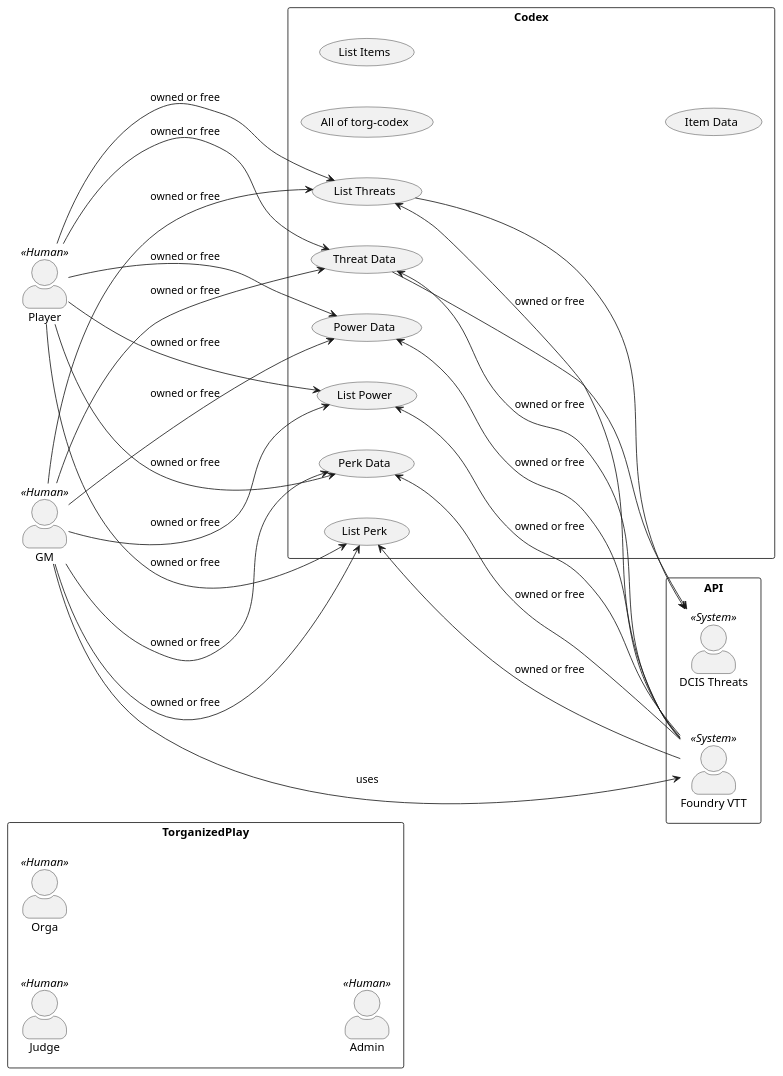
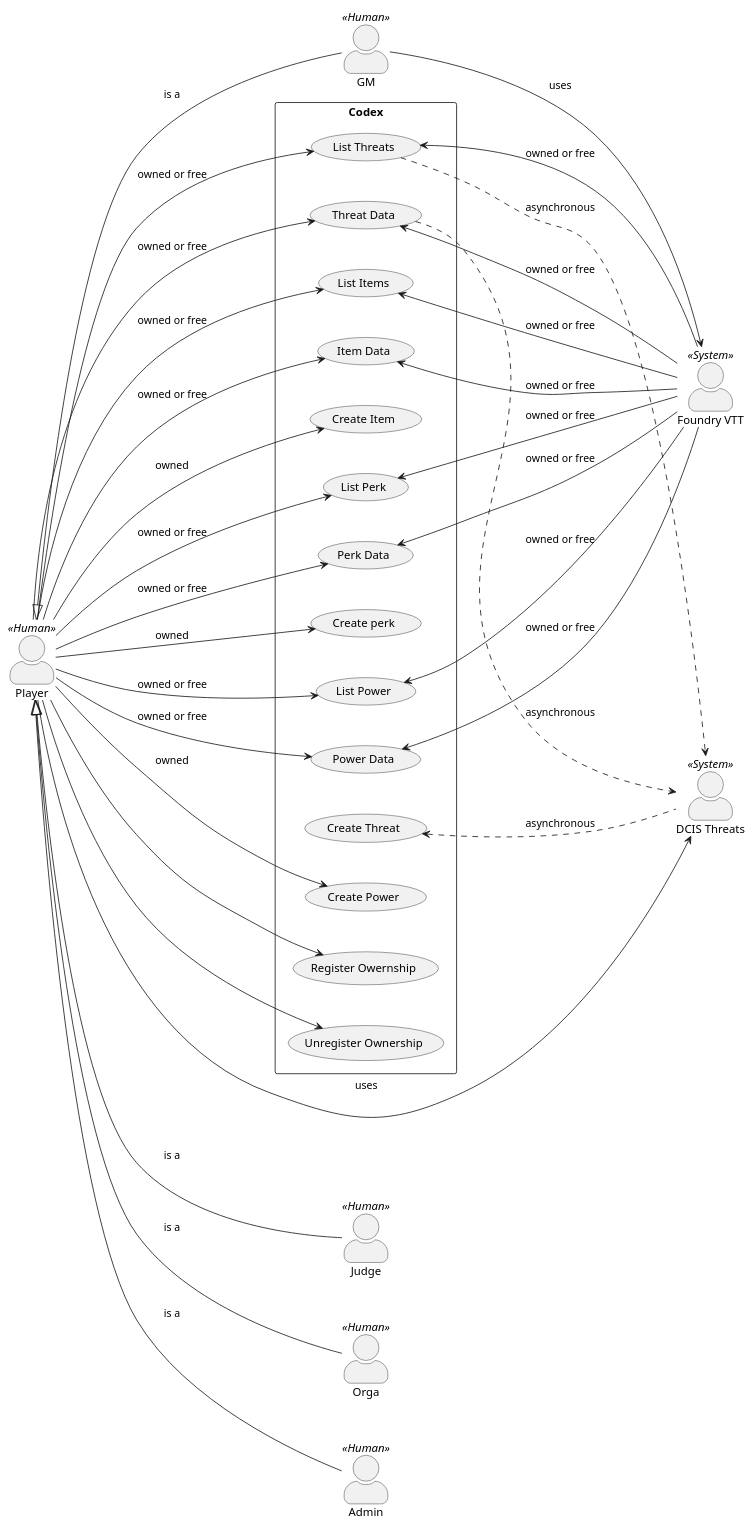
The diagram in src/main/docs/architecture/modules/arc42/pages/03_system_scope_and_context/torg-codex.adoc (Paladins-Inn/torganized-play-architecture), drawn with PlantUML before and after one commit. The commit also changed 8 other files, not shown here.

Commit message:
Made the UML use case diagrams more readable and fleshed out the torg-codes one.

```diff
--- a/src/main/docs/architecture/modules/arc42/pages/03_system_scope_and_context/torg-codex.adoc
+++ b/src/main/docs/architecture/modules/arc42/pages/03_system_scope_and_context/torg-codex.adoc
@@ -5,65 +5,74 @@
 [plantuml,business-context-codex,svg]
 ....
 @startuml
 left to right direction
 skinparam actorStyle awesome
 skinparam nodesep 50
 skinparam ranksep 200
 
 Player as user << Human >>
 GM as gm << Human >>
+Judge as judge << Human >>
+Orga as orga << Human >>
+Admin as admin << Human >>
 
-rectangle TorganizedPlay {
-    Judge as judge << Human >>
-    Orga as orga << Human >>
-    Admin as admin << Human >>
-}
+:Foundry VTT: as foundryVTT << System >>
+:DCIS Threats: as dcisThreats << System >>
+
+user <|-- judge : is a
+user <|-- orga : is a
+user <|-- admin : is a
 
 rectangle Codex {
-    usecase "All of torg-codex" as codex
-
     usecase "List Threats" as lthreat
     usecase "Threat Data" as dthreat
+    usecase "Create Threat" as cthreat
 
     usecase "List Items" as litem
     usecase "Item Data" as ditem
+    usecase "Create Item" as citem
 
     usecase "List Perk" as lperk
     usecase "Perk Data" as dperk
+    usecase "Create perk" as cperk
 
     usecase "List Power" as lpower
     usecase "Power Data" as dpower
+    usecase "Create Power" as cpower
+
+    usecase "Register Owernship" as rowner
+    usecase "Unregister Ownership" as downer
 }
 
-rectangle API {
-    :Foundry VTT: as foundryVTT << System >>
-    :DCIS Threats: as dcisThreats << System >>
-}
-
+user --> litem : owned or free
+user --> ditem : owned or free
+user --> citem : owned
 user --> lthreat : owned or free
 user --> dthreat : owned or free
 user --> lperk : owned or free
 user --> dperk : owned or free
+user --> cperk : owned
 user --> lpower : owned or free
 user --> dpower : owned or free
-gm --> lthreat : owned or free
-gm --> dthreat : owned or free
-gm --> lperk : owned or free
-gm --> dperk : owned or free
-gm --> lpower : owned or free
-gm --> dpower : owned or free
-
+user --> cpower : owned
+user --> dcisThreats : uses
+user <|-- gm : is a
+user --> rowner
+user --> downer
 gm --> foundryVTT : uses
 
+litem <-- foundryVTT : owned or free
+ditem <-- foundryVTT : owned or free
 lthreat <-- foundryVTT : owned or free
 dthreat <-- foundryVTT : owned or free
 lperk <-- foundryVTT : owned or free
 dperk <-- foundryVTT : owned or free
 lpower <-- foundryVTT : owned or free
 dpower <-- foundryVTT : owned or free
 
-lthreat --> dcisThreats
-dthreat --> dcisThreats
+lthreat ..> dcisThreats : asynchronous
+dthreat ..> dcisThreats : asynchronous
+cthreat <.. dcisThreats : asynchronous
 
 @enduml
 ....
```
